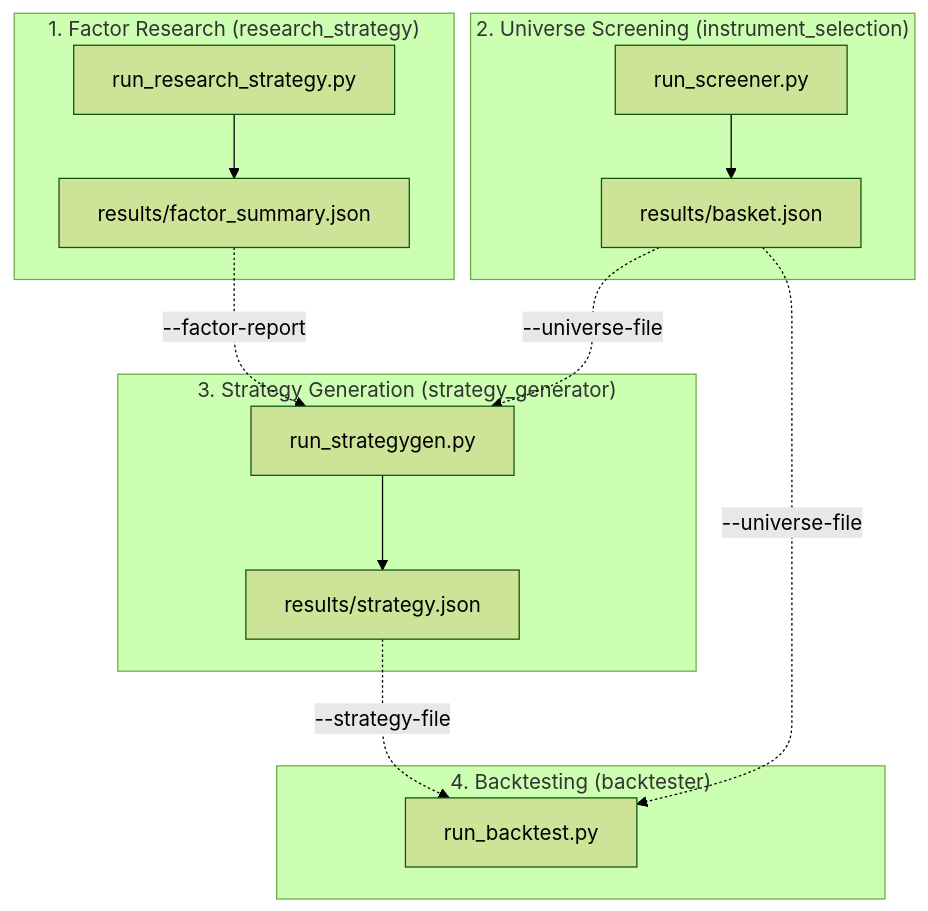
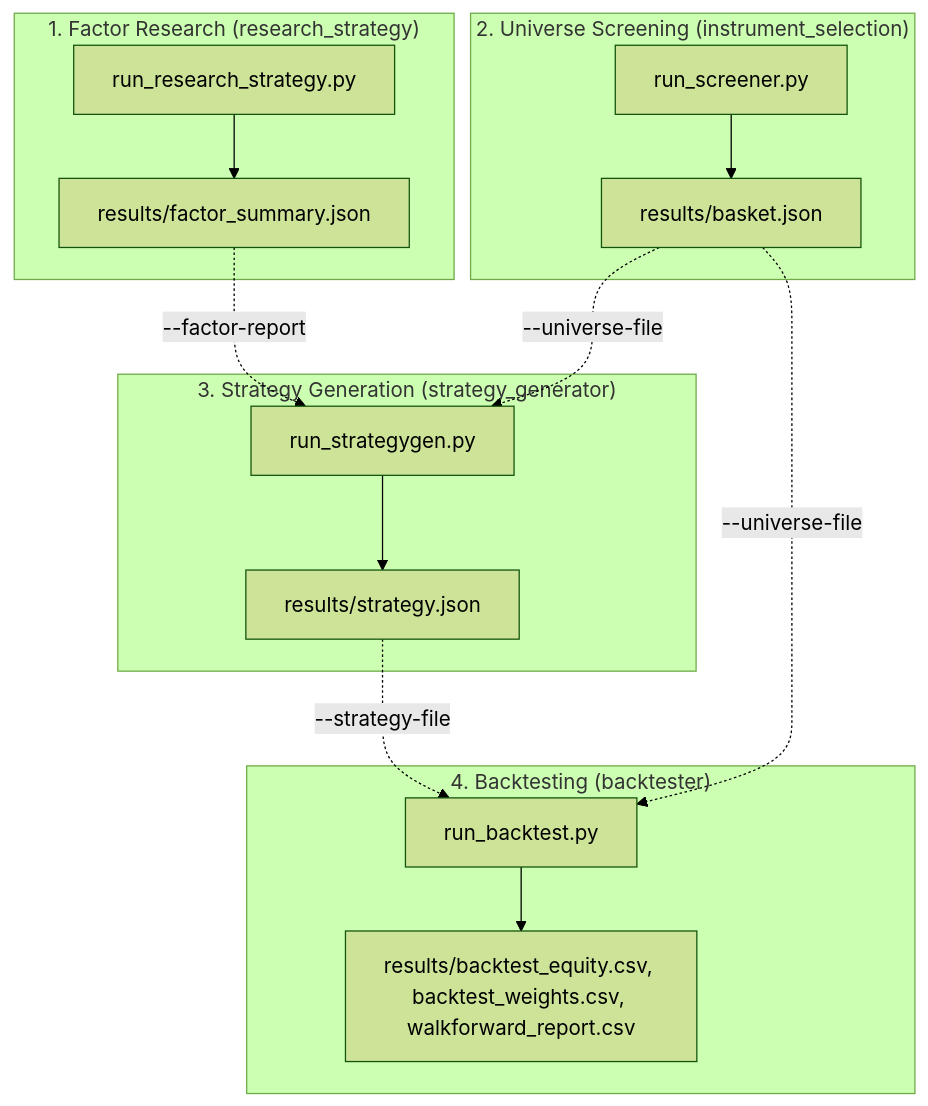
One commit to stonewell/quant_research changed the diagram in README.md. Above: the diagram before and after it, drawn with Mermaid (forest theme). The commit also changed other lines of this file and 3 other files, not shown here.

````diff
--- a/README.md
+++ b/README.md
@@ -19,28 +24,30 @@
 ```mermaid
 flowchart TD
     subgraph RS ["1. Factor Research (research_strategy)"]
         RS_run["run_research_strategy.py"]
         RS_out["results/factor_summary.json"]
         RS_run --> RS_out
     end
 
     subgraph IS ["2. Universe Screening (instrument_selection)"]
         IS_run["run_screener.py"]
         IS_out["results/basket.json"]
         IS_run --> IS_out
     end
 
     subgraph SG ["3. Strategy Generation (strategy_generator)"]
         SG_run["run_strategygen.py"]
         SG_out["results/strategy.json"]
         RS_out -. "--factor-report" .-> SG_run
         IS_out -. "--universe-file" .-> SG_run
         SG_run --> SG_out
     end
 
     subgraph BT ["4. Backtesting (backtester)"]
         BT_run["run_backtest.py"]
+        BT_out["results/backtest_equity.csv, backtest_weights.csv, walkforward_report.csv"]
         SG_out -. "--strategy-file" .-> BT_run
         IS_out -. "--universe-file" .-> BT_run
+        BT_run --> BT_out
     end
 ```
````
